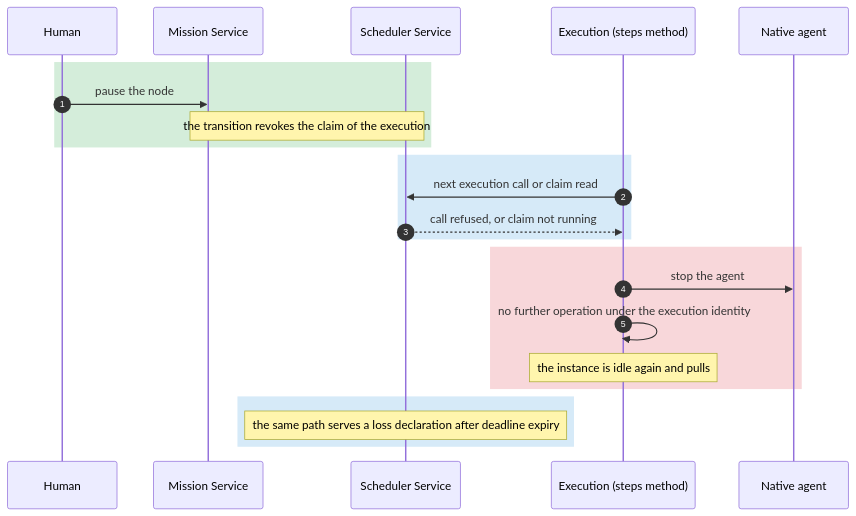
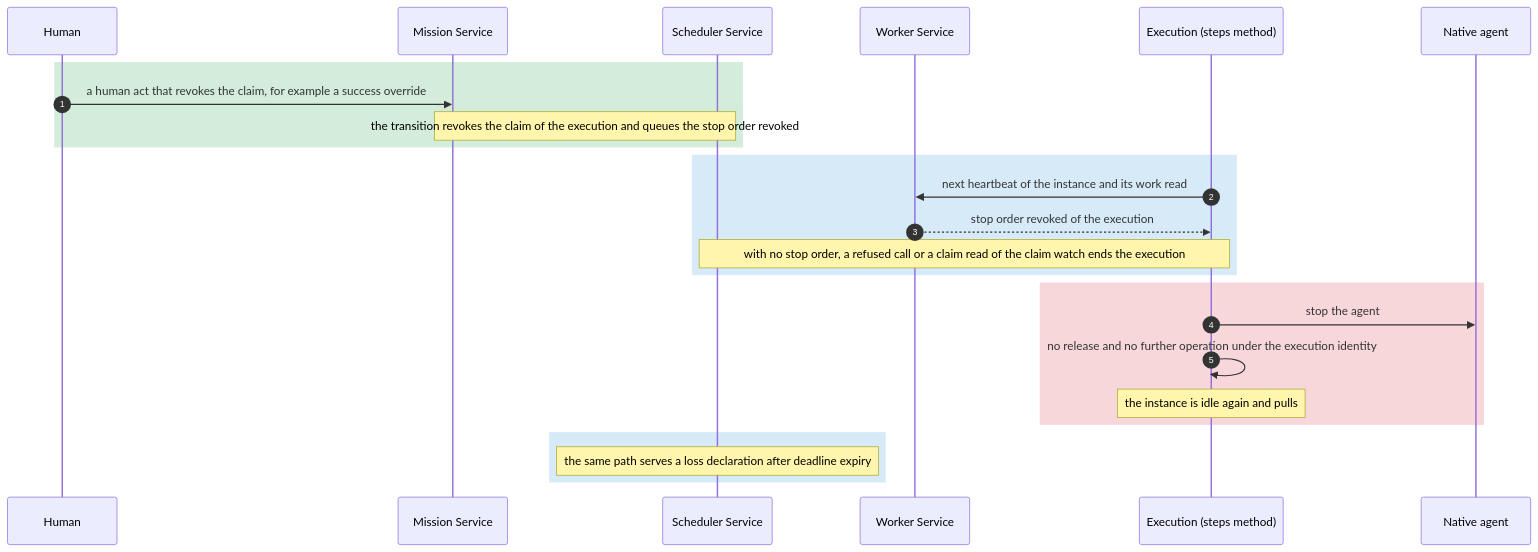
One commit to kanthorlabs/kanthord changed the fourth of 8 diagrams in docs/brainstorm/worker-service.md. Above: the diagram before and after it, drawn with Mermaid. The commit also changed other lines of this file and 22 other files, not shown here.

First line of the commit message:
docs: record the worker execution refactor design and shrink it to four phases (#411)

````diff
--- a/docs/brainstorm/worker-service.md
+++ b/docs/brainstorm/worker-service.md
@@ -573,26 +594,28 @@
 ```mermaid
 sequenceDiagram
     autonumber
     participant H as Human
     participant M as Mission Service
     participant S as Scheduler Service
+    participant W as Worker Service
     participant E as Execution (steps method)
     participant A as Native agent
 
     rect rgb(212, 237, 218)
-        H->>M: pause the node
-        Note over M,S: the transition revokes the claim of the execution
+        H->>M: a human act that revokes the claim, for example a success override
+        Note over M,S: the transition revokes the claim of the execution and queues the stop order revoked
     end
     rect rgb(214, 234, 248)
-        E->>S: next execution call or claim read
-        S-->>E: call refused, or claim not running
+        E->>W: next heartbeat of the instance and its work read
+        W-->>E: stop order revoked of the execution
+        Note over E,S: with no stop order, a refused call or a claim read of the claim watch ends the execution
     end
     rect rgb(248, 215, 218)
         E->>A: stop the agent
-        E->>E: no further operation under the execution identity
+        E->>E: no release and no further operation under the execution identity
         Note over E: the instance is idle again and pulls
     end
     rect rgb(214, 234, 248)
         Note over S: the same path serves a loss declaration after deadline expiry
     end
 ```
````
